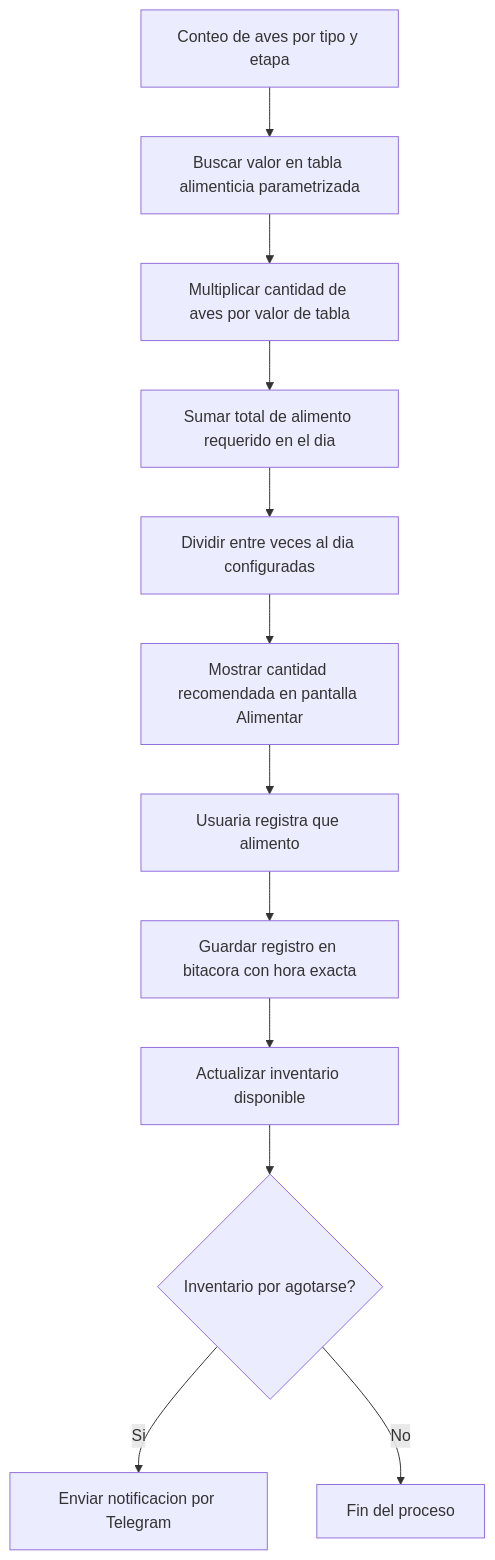
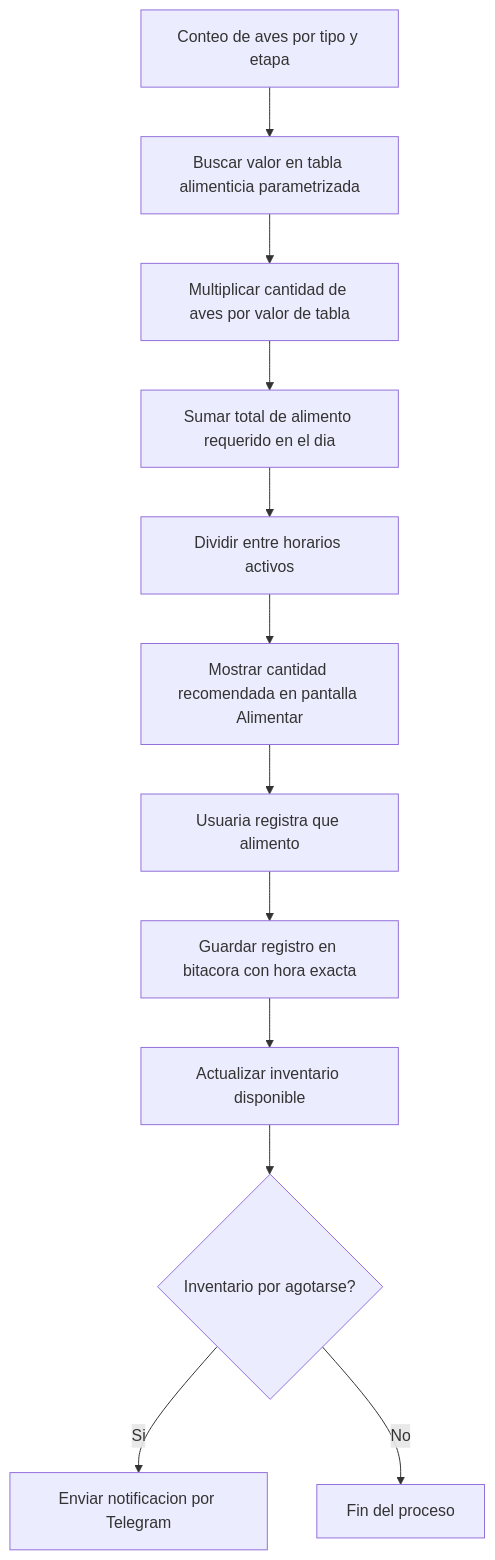
The third of 4 diagrams in docs/DAD.md (Valki11/Plumita), drawn with Mermaid before and after one commit. The commit also changed other lines of this file and 17 other files, not shown here.

````diff
--- a/docs/DAD.md
+++ b/docs/DAD.md
@@ -312,14 +317,14 @@
 ```mermaid
 flowchart TD
-    A[Conteo de aves por tipo y etapa] --> B[Buscar valor en tabla alimenticia parametrizada]
-    B --> C[Multiplicar cantidad de aves por valor de tabla]
-    C --> D[Sumar total de alimento requerido en el dia]
-    D --> E[Dividir entre veces al dia configuradas]
-    E --> F[Mostrar cantidad recomendada en pantalla Alimentar]
-    F --> G[Usuaria registra que alimento]
-    G --> H[Guardar registro en bitacora con hora exacta]
-    H --> I[Actualizar inventario disponible]
-    I --> J{Inventario por agotarse?}
-    J -- Si --> K[Enviar notificacion por Telegram]
-    J -- No --> L[Fin del proceso]
+A[Conteo de aves por tipo y etapa] --> B[Buscar valor en tabla alimenticia parametrizada]
+B --> C[Multiplicar cantidad de aves por valor de tabla]
+C --> D[Sumar total de alimento requerido en el dia]
+D --> E[Dividir entre horarios activos]
+E --> F[Mostrar cantidad recomendada en pantalla Alimentar]
+F --> G[Usuaria registra que alimento]
+G --> H[Guardar registro en bitacora con hora exacta]
+H --> I[Actualizar inventario disponible]
+I --> J{Inventario por agotarse?}
+J -- Si --> K[Enviar notificacion por Telegram]
+J -- No --> L[Fin del proceso]
 ```
````
